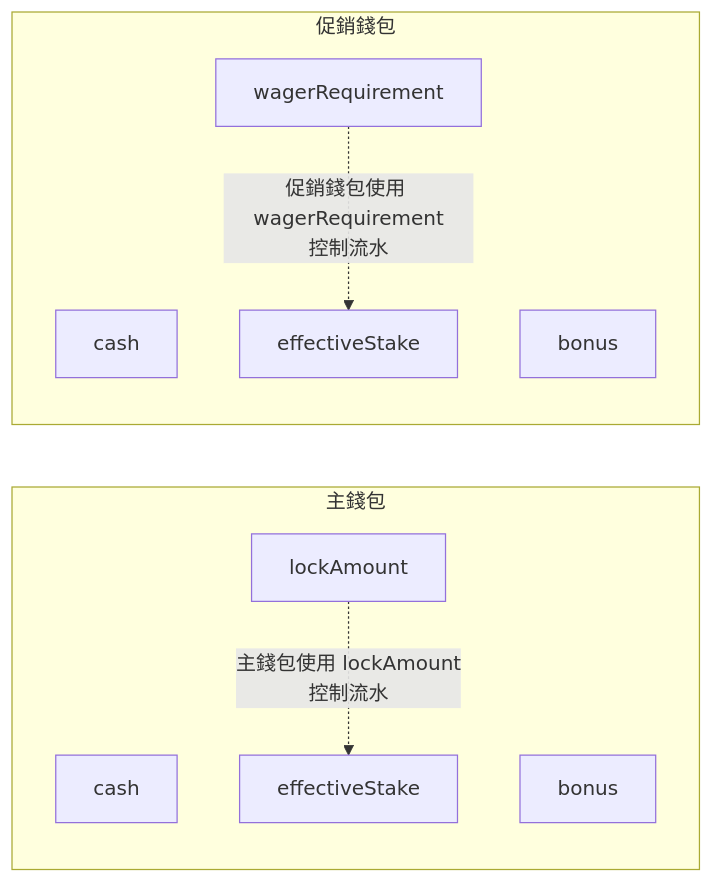
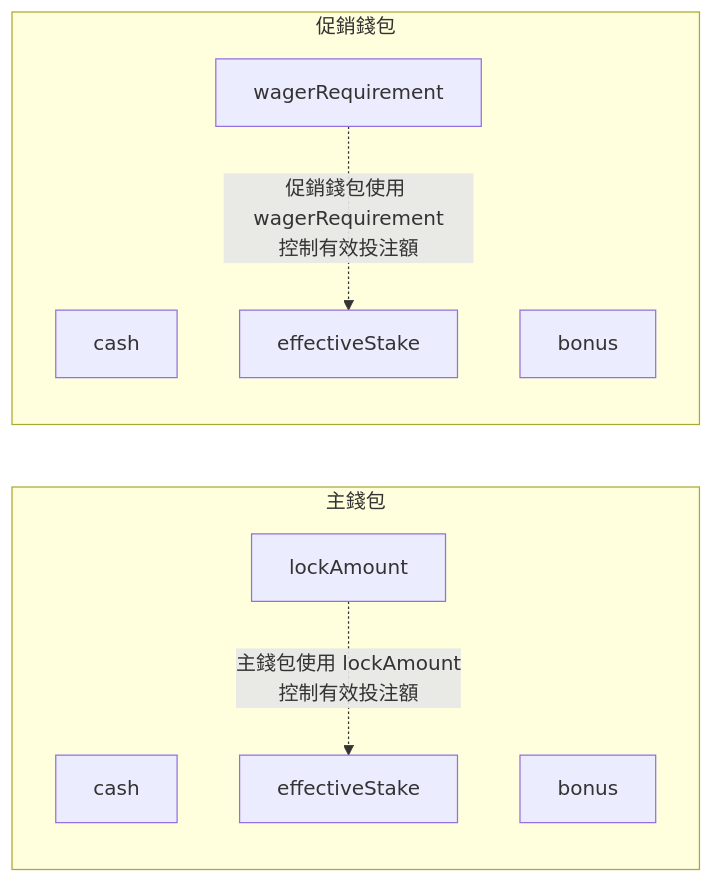
The fourth of 6 diagrams in docs/iGaming/architecture/02_Finance_Service/Turnover_Calculation_Logic_Detail.md (ron03wlb/smart-admin), drawn with Mermaid before and after one commit. The commit also changed other lines of this file and 14 other files, not shown here.

````diff
--- a/docs/iGaming/architecture/02_Finance_Service/Turnover_Calculation_Logic_Detail.md
+++ b/docs/iGaming/architecture/02_Finance_Service/Turnover_Calculation_Logic_Detail.md
@@ -192,19 +192,19 @@
 ```mermaid
 flowchart LR
     subgraph Main["主錢包"]
         M1[cash]
         M2[bonus]
         M3[lockAmount]
         M4[effectiveStake]
     end
 
     subgraph Promo["促銷錢包"]
         P1[cash]
         P2[bonus]
         P3[wagerRequirement]
         P4[effectiveStake]
     end
 
-    M3 -.->|"主錢包使用 lockAmount<br/>控制流水"| M4
-    P3 -.->|"促銷錢包使用 wagerRequirement<br/>控制流水"| P4
+    M3 -.->|"主錢包使用 lockAmount<br/>控制有效投注額"| M4
+    P3 -.->|"促銷錢包使用 wagerRequirement<br/>控制有效投注額"| P4
 ```
````
